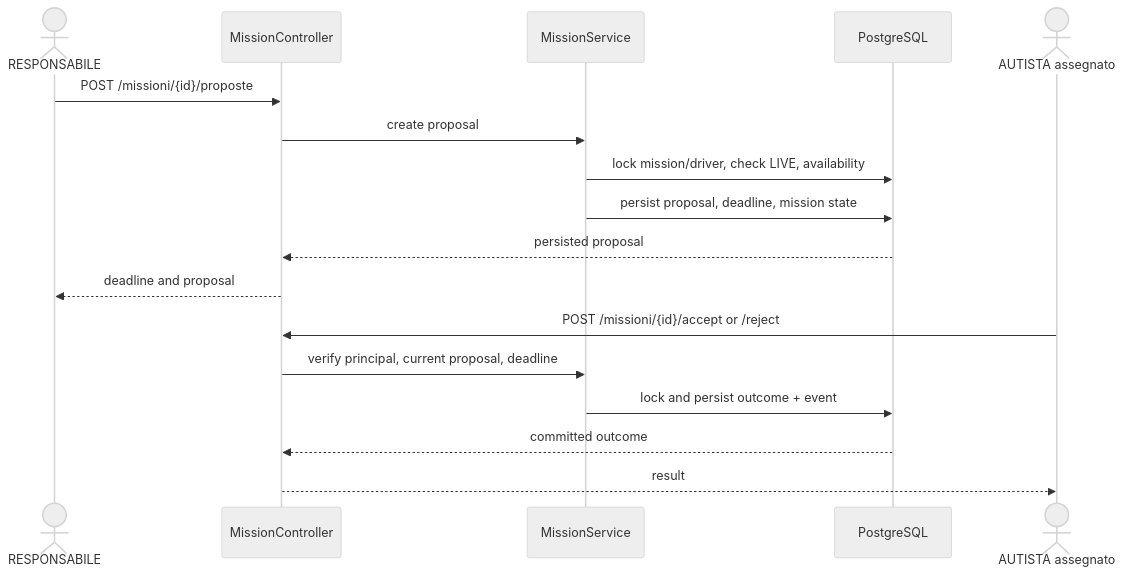
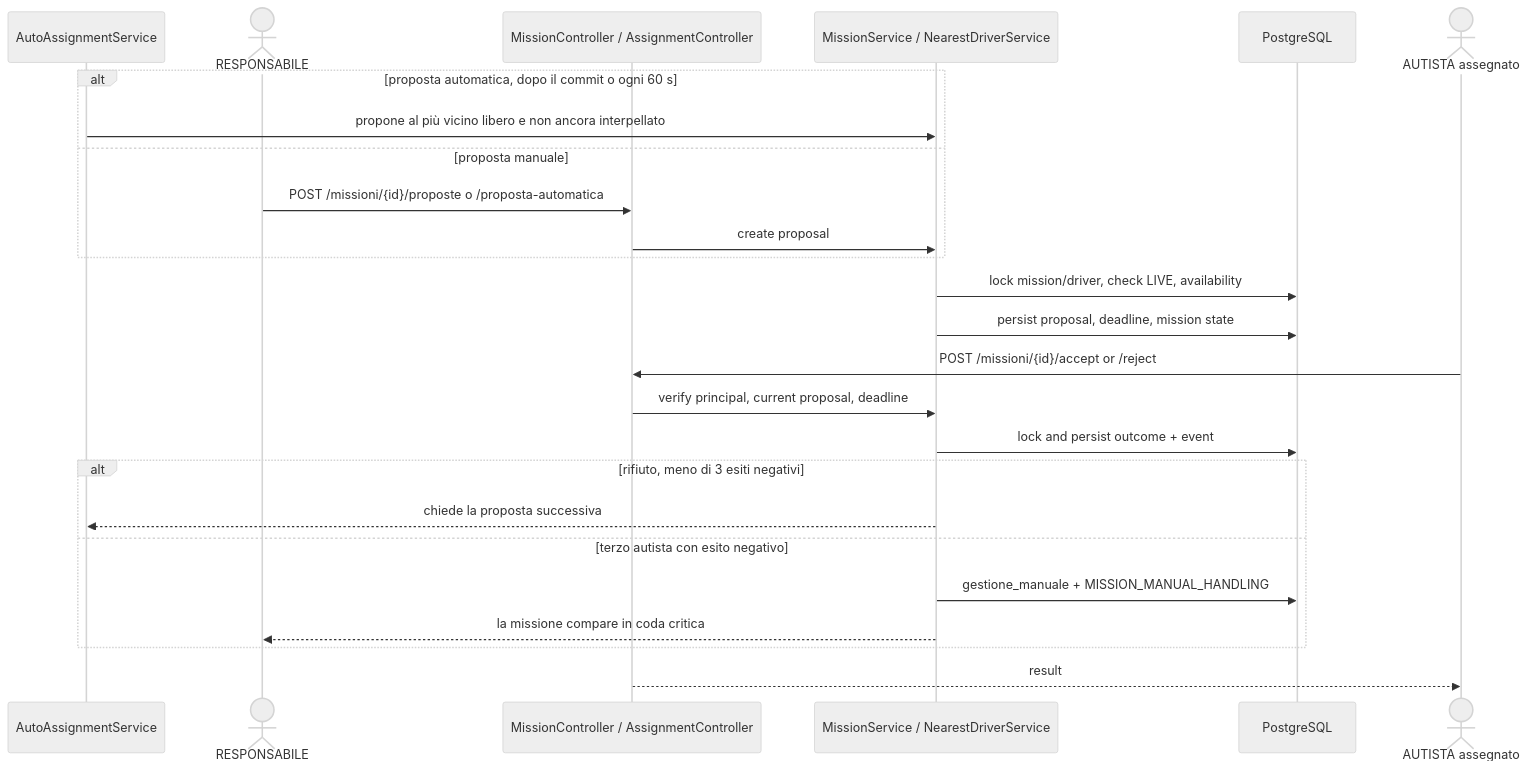
The diagram in docs/diagrams/mission_assignment_sequence.mmd (coluccimarco/fornitori-soccorso), drawn with Mermaid (neutral theme) before and after one commit. The commit also changed 54 other files, not shown here.

```diff
--- a/docs/diagrams/mission_assignment_sequence.mmd
+++ b/docs/diagrams/mission_assignment_sequence.mmd
@@ -1,18 +1,26 @@
-%% Implemented backend proposal and driver response; no driver UI exists.
+%% Proposta automatica o manuale e risposta dell'autista.
 sequenceDiagram
+    participant Auto as AutoAssignmentService
     actor Centrale as RESPONSABILE
-    participant API as MissionController
-    participant Service as MissionService
+    participant API as MissionController / AssignmentController
+    participant Service as MissionService / NearestDriverService
     participant DB as PostgreSQL
     actor Autista as AUTISTA assegnato
-    Centrale->>API: POST /missioni/{id}/proposte
-    API->>Service: create proposal
+    alt proposta automatica, dopo il commit o ogni 60 s
+        Auto->>Service: propone al più vicino libero e non ancora interpellato
+    else proposta manuale
+        Centrale->>API: POST /missioni/{id}/proposte o /proposta-automatica
+        API->>Service: create proposal
+    end
     Service->>DB: lock mission/driver, check LIVE, availability
     Service->>DB: persist proposal, deadline, mission state
-    DB-->>API: persisted proposal
-    API-->>Centrale: deadline and proposal
     Autista->>API: POST /missioni/{id}/accept or /reject
     API->>Service: verify principal, current proposal, deadline
     Service->>DB: lock and persist outcome + event
-    DB-->>API: committed outcome
+    alt rifiuto, meno di 3 esiti negativi
+        Service-->>Auto: chiede la proposta successiva
+    else terzo autista con esito negativo
+        Service->>DB: gestione_manuale + MISSION_MANUAL_HANDLING
+        Service-->>Centrale: la missione compare in coda critica
+    end
     API-->>Autista: result
```
